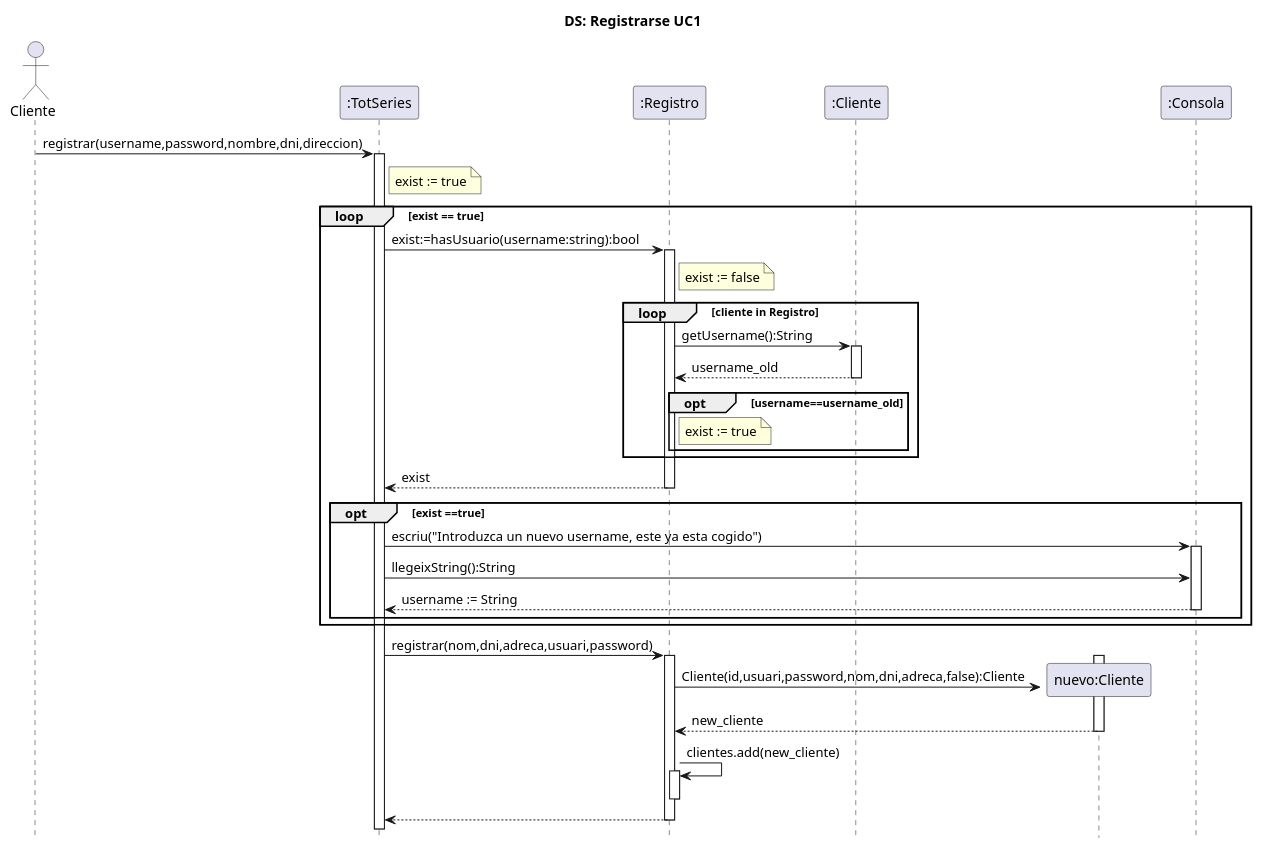
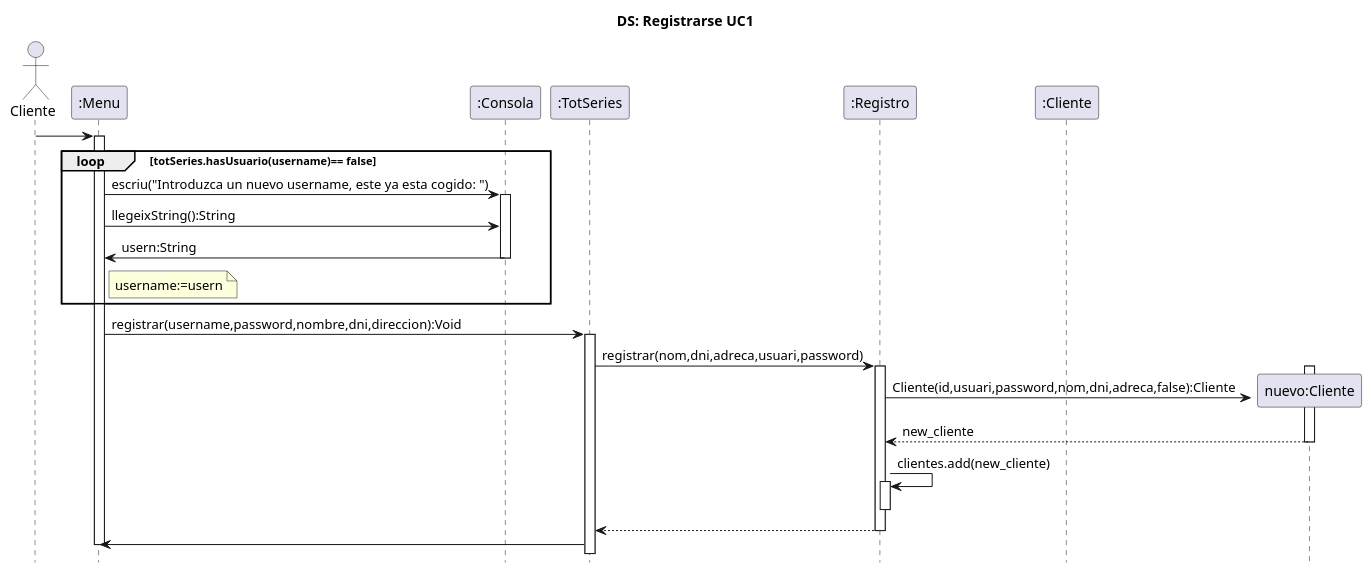
One commit to MrViciao/TotSeries changed the diagram in src/totseries/Uml/Secuencia/Diagrama de Secuencia Uc1.puml. Above: the diagram before and after it, drawn with PlantUML.

Commit message:
Update Diagrama de Secuencia Uc1.puml

```diff
--- a/src/totseries/Uml/Secuencia/Diagrama de Secuencia Uc1.puml
+++ b/src/totseries/Uml/Secuencia/Diagrama de Secuencia Uc1.puml
@@ -1,62 +1,41 @@
 @startuml
 title	DS: Registrarse UC1
 hide	footbox
 
 actor Cliente
+participant ":Menu" as Menu
+participant ":Consola" as Consola
 participant ":TotSeries" as TotSeries
 participant ":Registro" as Registro
 participant ":Cliente" as Usuario
+participant "nuevo:Cliente" as nUsuario
 
-participant "nuevo:Cliente" as nUsuario
-participant ":Consola" as Consola
-
-Cliente	-> TotSeries:registrar(username,password,nombre,dni,direccion)
+Cliente -> Menu
+activate Menu
+loop totSeries.hasUsuario(username)== false
+    Menu->Consola:escriu("Introduzca un nuevo username, este ya esta cogido: ")
+    activate Consola
+    Menu->Consola:llegeixString():String
+    Consola->Menu:usern:String
+    deactivate Consola
+    note right Menu
+        username:=usern
+    end note
+end loop
+Menu -> TotSeries:registrar(username,password,nombre,dni,direccion):Void
 activate TotSeries
-
-note right TotSeries
-        exist := true
-    end note
-
-loop  exist == true
-    TotSeries -> Registro:exist:=hasUsuario(username:string):bool
-    activate Registro
-    note right Registro
-        exist := false
-    end note
-
-    loop cliente in Registro
-        Registro -> Usuario:getUsername():String
-        activate Usuario
-        Usuario  --> Registro:username_old
-        deactivate Usuario
-        opt username==username_old
-            note right Registro
-                exist := true
-            end note
-        end opt
-    end loop
-
-    Registro-->TotSeries:exist
-    deactivate Registro
-    opt exist ==true
-        TotSeries -> Consola:escriu("Introduzca un nuevo username, este ya esta cogido")
-        activate Consola
-        TotSeries -> Consola:llegeixString():String
-        Consola --> TotSeries:username := String
-        deactivate Consola
-    end opt
-end loop
-
 TotSeries -> Registro:registrar(nom,dni,adreca,usuari,password)
 activate Registro
 create nUsuario
 activate nUsuario
 Registro -> nUsuario:Cliente(id,usuari,password,nom,dni,adreca,false):Cliente
 nUsuario --> Registro: new_cliente
 deactivate nUsuario
 Registro -> Registro: clientes.add(new_cliente)
 activate Registro
 deactivate Registro
 Registro --> TotSeries
 deactivate Registro
+TotSeries->Menu
+deactivate Menu
 @enduml
```
